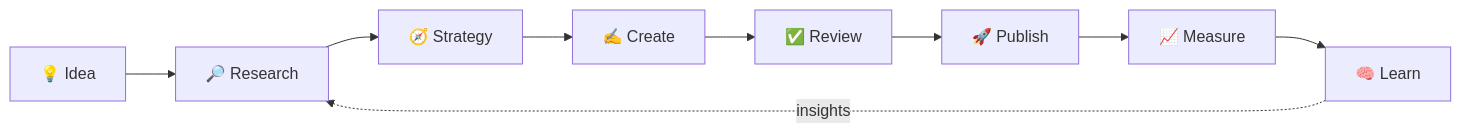
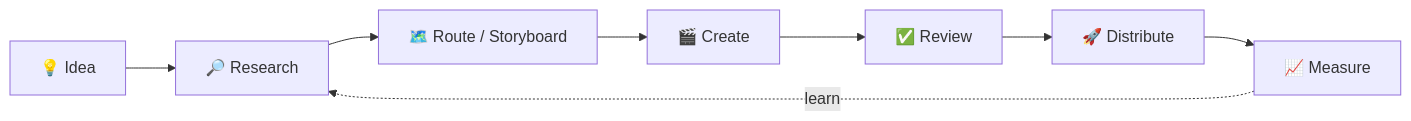
Before and after one commit to panurjoma/Mecha: the first of 2 diagrams in README.md, drawn with Mermaid. The commit also changed other lines of this file, not shown here.

````diff
--- a/README.md
+++ b/README.md
@@ -23,11 +36,10 @@
 ```mermaid
 flowchart LR
     I["💡 Idea"] --> R["🔎 Research"]
-    R --> S["🧭 Strategy"]
-    S --> C["✍️ Create"]
+    R --> P["🗺️ Route / Storyboard"]
+    P --> C["🎬 Create"]
     C --> A["✅ Review"]
-    A --> P["🚀 Publish"]
-    P --> M["📈 Measure"]
-    M --> L["🧠 Learn"]
-    L -. insights .-> R
+    A --> D["🚀 Distribute"]
+    D --> M["📈 Measure"]
+    M -. learn .-> R
 ```
````
